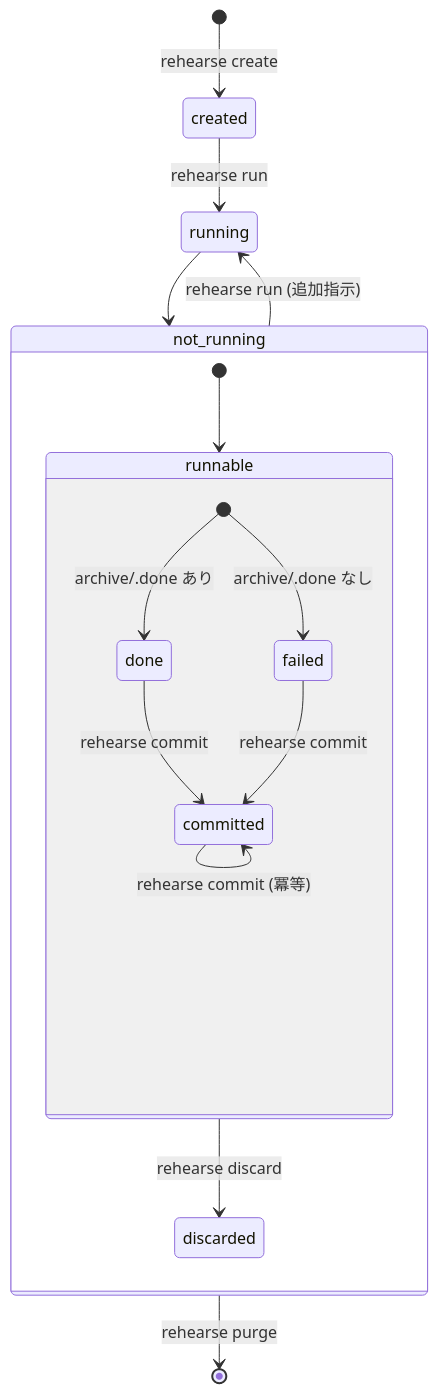
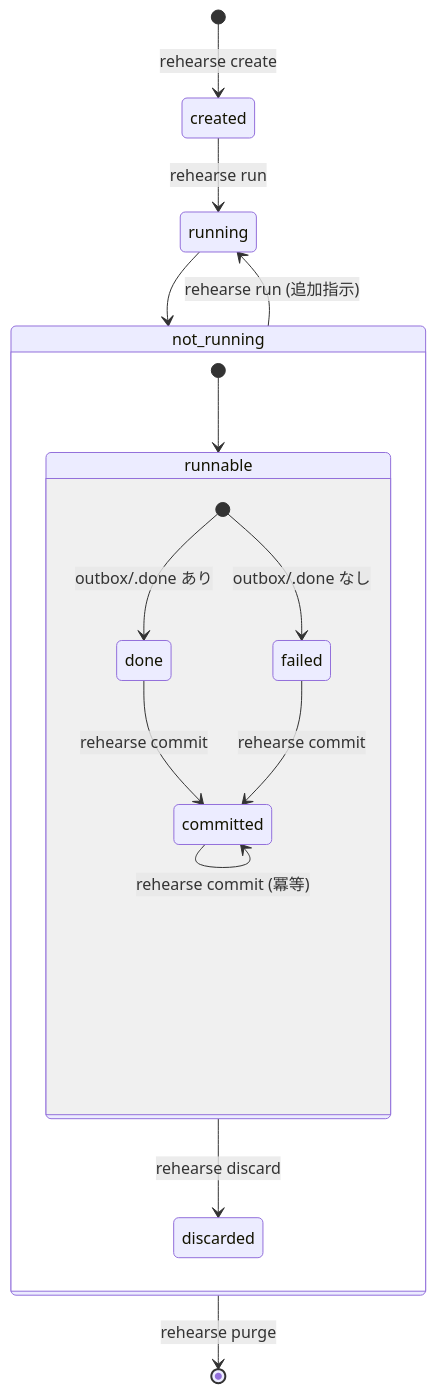
The diagram in docs/lifecycle.md (t13a/rehearse), drawn with Mermaid before and after one commit. The commit also changed other lines of this file and 14 other files, not shown here.

Commit message:
Rename archive workspace to outbox

````diff
--- a/docs/lifecycle.md
+++ b/docs/lifecycle.md
@@ -5,19 +5,19 @@
 ```mermaid
 stateDiagram-v2
     [*] --> created : rehearse create
     created --> running : rehearse run
     running --> not_running
     state not_running { 
       [*] --> runnable
       state runnable {
-        [*] --> done : archive/.done あり
-        [*] --> failed : archive/.done なし
+        [*] --> done : outbox/.done あり
+        [*] --> failed : outbox/.done なし
         done --> committed : rehearse commit
         failed --> committed : rehearse commit
         committed --> committed : rehearse commit (冪等)
       }
       runnable --> discarded : rehearse discard
     }
     not_running --> running : rehearse run (追加指示)
     not_running --> [*] : rehearse purge
 ```
````
